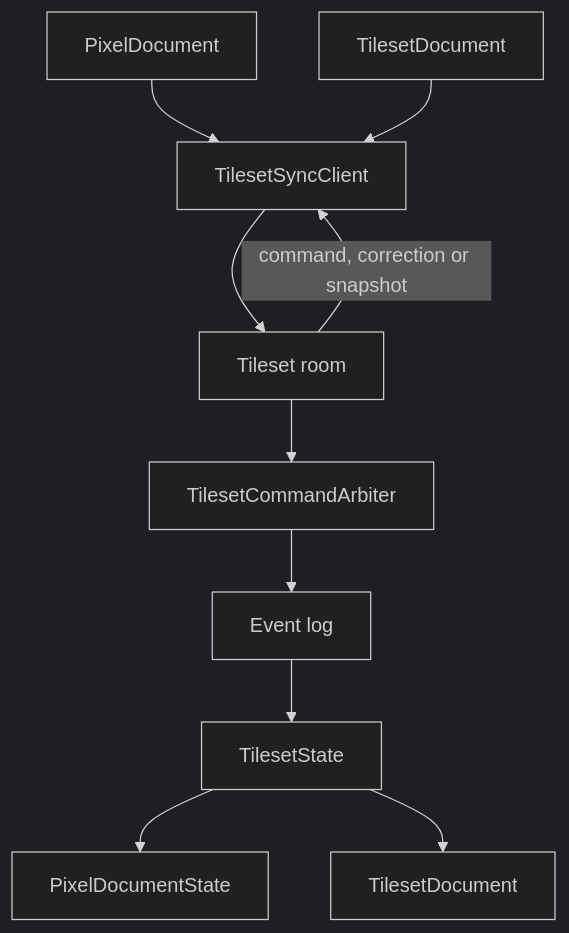
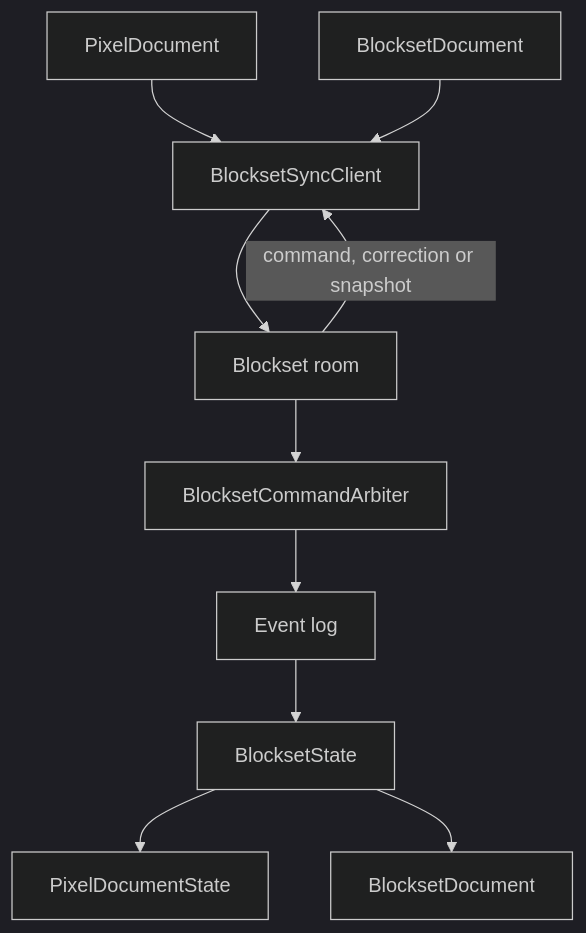
The second of 5 diagrams in packages/assets/voxel-map/ARCHITECTURE.md (JollyPixel/editor), drawn with Mermaid (dark theme) before and after one commit. The commit also changed other lines of this file and 382 other files, not shown here.

First line of the commit message:
Merge pull request #907 from JollyPixel/refactor-blockset

````diff
--- a/packages/assets/voxel-map/ARCHITECTURE.md
+++ b/packages/assets/voxel-map/ARCHITECTURE.md
@@ -17,12 +17,12 @@
 ```mermaid
 flowchart TB
-    Pixels["PixelDocument"] --> TilesetSync["TilesetSyncClient"]
-    Blocks["TilesetDocument"] --> TilesetSync
-    TilesetSync --> TilesetRoom["Tileset room"]
-    TilesetRoom --> TilesetArbiter["TilesetCommandArbiter"]
-    TilesetArbiter --> TilesetLog["Event log"]
-    TilesetLog --> TilesetState["TilesetState"]
-    TilesetState --> Buffer["PixelDocumentState"]
-    TilesetState --> Definitions["TilesetDocument"]
-    TilesetRoom -->|"command, correction or snapshot"| TilesetSync
+    Pixels["PixelDocument"] --> BlocksetSync["BlocksetSyncClient"]
+    Blocks["BlocksetDocument"] --> BlocksetSync
+    BlocksetSync --> BlocksetRoom["Blockset room"]
+    BlocksetRoom --> BlocksetArbiter["BlocksetCommandArbiter"]
+    BlocksetArbiter --> BlocksetLog["Event log"]
+    BlocksetLog --> BlocksetState["BlocksetState"]
+    BlocksetState --> Buffer["PixelDocumentState"]
+    BlocksetState --> Definitions["BlocksetDocument"]
+    BlocksetRoom -->|"command, correction or snapshot"| BlocksetSync
 ```
````
